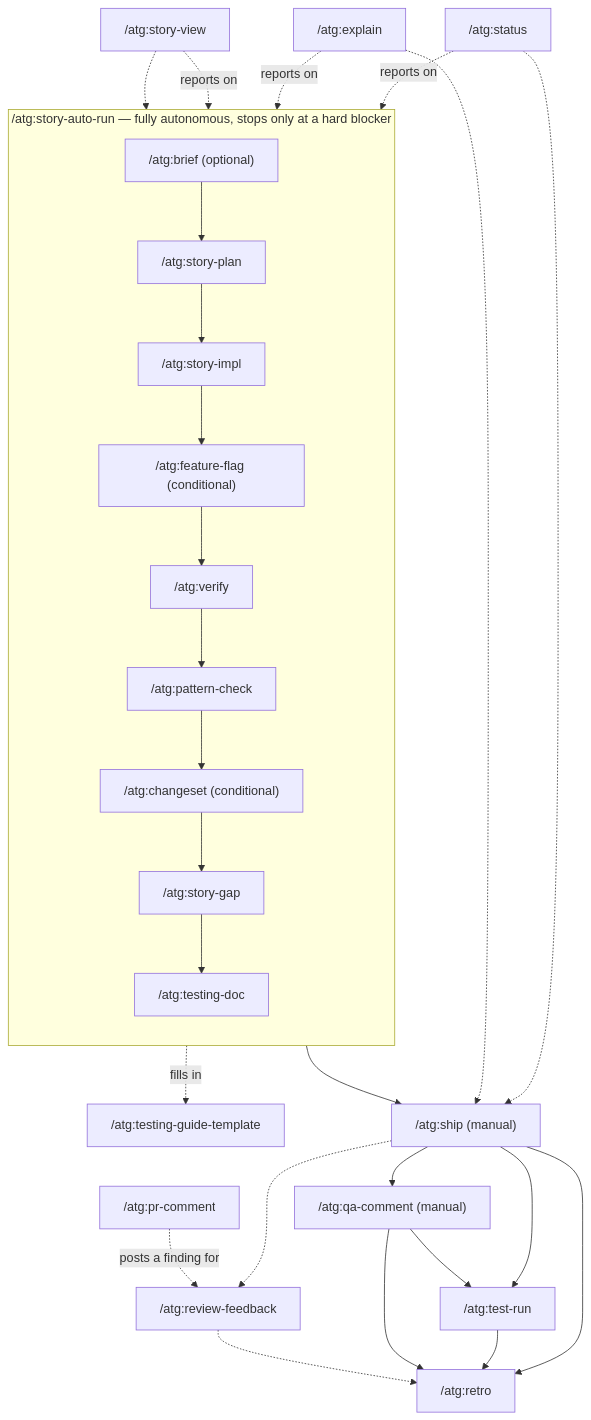
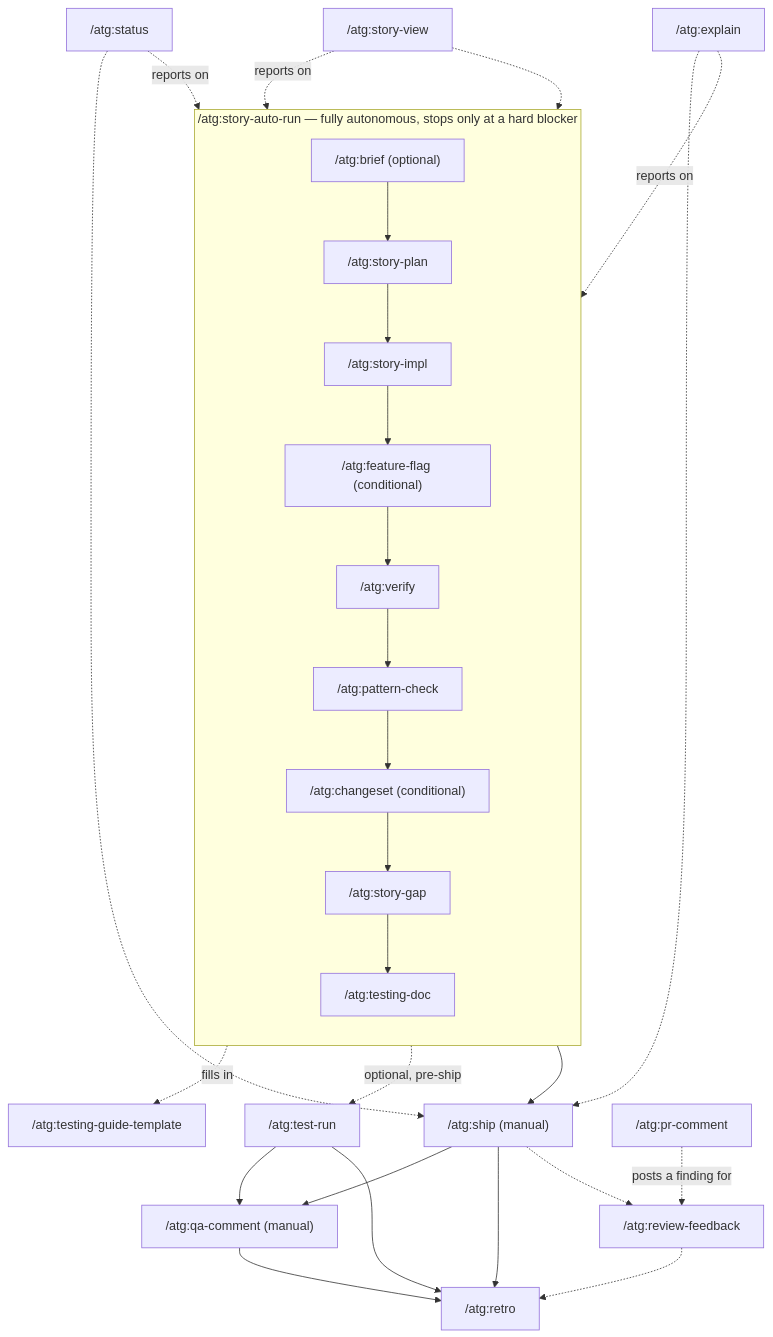
One commit to fcastillo-atg/atg-agent-kit changed the diagram in README.md. Above: the diagram before and after it, drawn with Mermaid. The commit also changed other lines of this file and 1 other file, not shown here.

First line of the commit message:
Fix test-run/qa-comment order: test-run runs first, optionally pre-ship

````diff
--- a/README.md
+++ b/README.md
@@ -81,41 +85,41 @@
 ```mermaid
 flowchart TD
     subgraph autorun["/atg:story-auto-run — fully autonomous, stops only at a hard blocker"]
         direction TB
         brief["/atg:brief (optional)"] --> storyplan["/atg:story-plan"]
         storyplan --> storyimpl["/atg:story-impl"]
         storyimpl --> featureflag["/atg:feature-flag (conditional)"]
         featureflag --> verify["/atg:verify"]
         verify --> patterncheck["/atg:pattern-check"]
         patterncheck --> changeset["/atg:changeset (conditional)"]
         changeset --> storygap["/atg:story-gap"]
         storygap --> testingdoc["/atg:testing-doc"]
     end
 
     template["/atg:testing-guide-template"]
     testingdoc -. fills in .-> template
+    testingdoc -. optional, pre-ship .-> testrun["/atg:test-run"]
 
     testingdoc --> ship["/atg:ship (manual)"]
-    ship --> qacomment["/atg:qa-comment (manual)"]
-    ship --> testrun["/atg:test-run"]
-    qacomment --> testrun
+    testrun --> qacomment["/atg:qa-comment (manual)"]
+    ship --> qacomment
     ship --> retro["/atg:retro"]
     testrun --> retro
     qacomment --> retro
 
     reviewfeedback["/atg:review-feedback"]
     prcomment["/atg:pr-comment"]
     ship -.-> reviewfeedback
     prcomment -. posts a finding for .-> reviewfeedback
     reviewfeedback -.-> retro
 
     status["/atg:status"]
     explain["/atg:explain"]
     storyview["/atg:story-view"]
     status -. reports on .-> storyimpl
     status -.-> ship
     explain -. reports on .-> brief
     explain -.-> ship
     storyview -. reports on .-> storyplan
     storyview -.-> storygap
 ```
````
